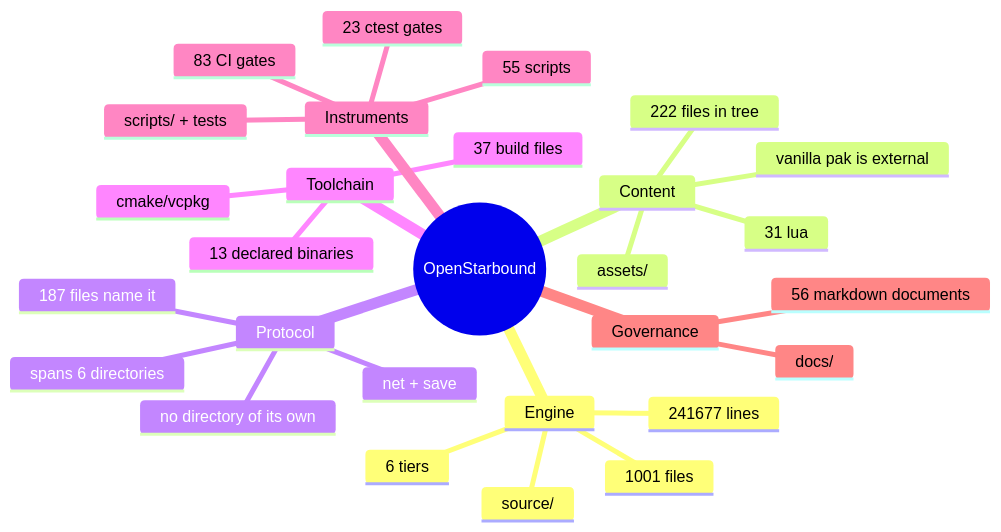
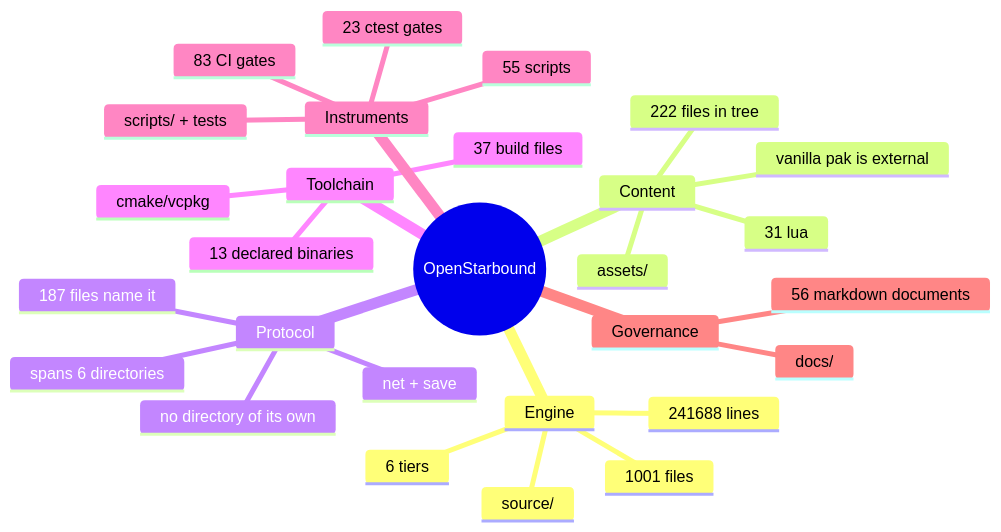
The second of 11 diagrams in docs/architecture/system-boundaries.md (apnex/OpenStarbound), drawn with Mermaid before and after one commit. The commit also changed other lines of this file and 2 other files, not shown here.

````diff
--- a/docs/architecture/system-boundaries.md
+++ b/docs/architecture/system-boundaries.md
@@ -166,31 +166,31 @@
 ```mermaid
 mindmap
   root((OpenStarbound))
     Engine
       source/
       1001 files
-      241677 lines
+      241688 lines
       6 tiers
     Content
       assets/
       222 files in tree
       31 lua
       vanilla pak is external
     Protocol
       net + save
       187 files name it
       spans 6 directories
       no directory of its own
     Toolchain
       cmake/vcpkg
       37 build files
       13 declared binaries
     Instruments
       scripts/ + tests
       55 scripts
       23 ctest gates
       83 CI gates
     Governance
       docs/
       56 markdown documents
 ```
````
